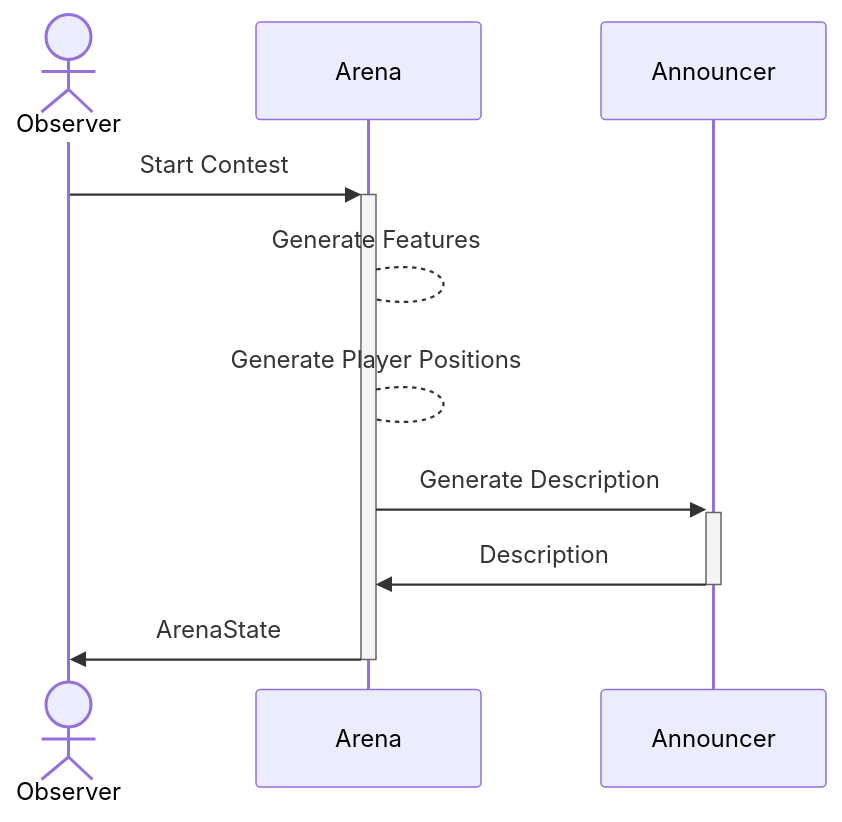
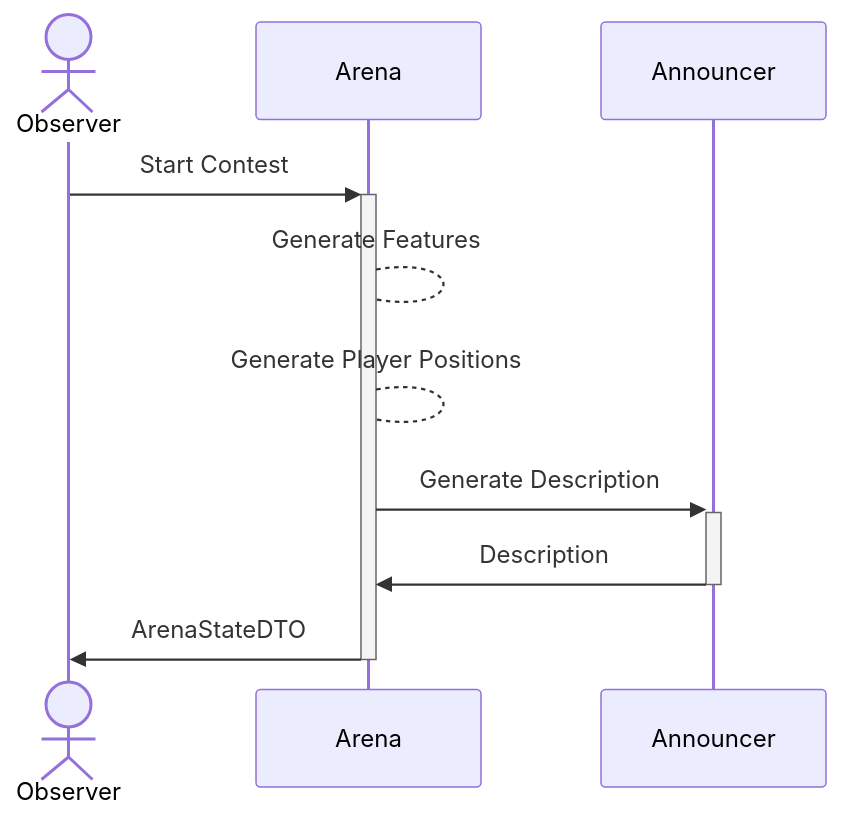
Before and after one commit to 0xbeedao/agent-arena: the first of 2 diagrams in docs/architecture.md, drawn with Mermaid. The commit also changed 29 other files, not shown here.

````diff
--- a/docs/architecture.md
+++ b/docs/architecture.md
@@ -26,13 +26,13 @@
 ```mermaid
 sequenceDiagram
     Actor Observer
     Participant Arena
     Participant Announcer
 
     Observer ->>+ Arena: Start Contest
     Arena --> Arena: Generate Features
     Arena --> Arena: Generate Player Positions
     Arena ->>+ Announcer: Generate Description
     Announcer ->>- Arena: Description
-    Arena ->>- Observer: ArenaState
+    Arena ->>- Observer: ArenaStateDTO
 ```
````
